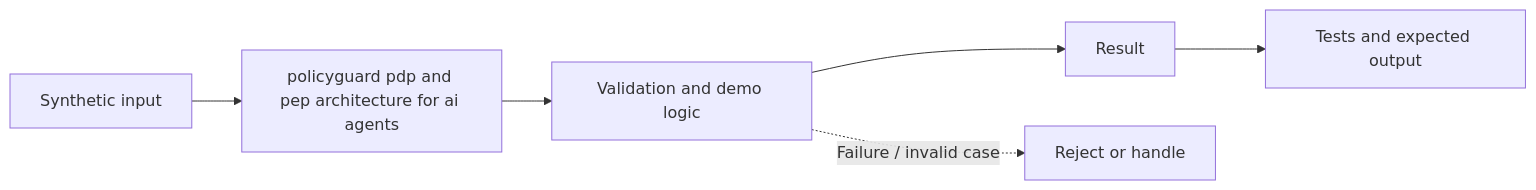
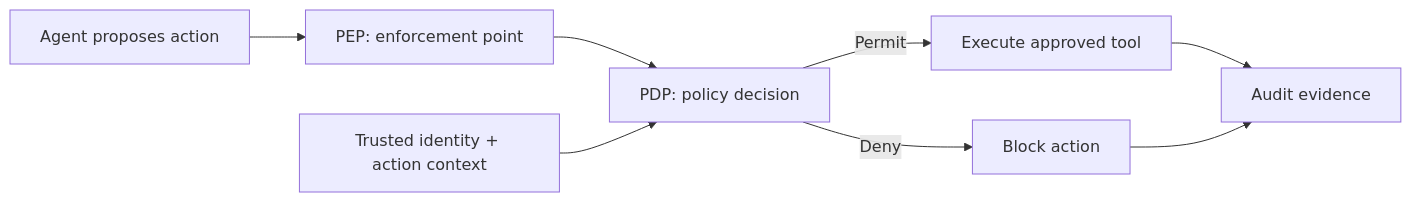
The diagram in docs/architecture.md (akkhil2012/AgenticSamplesPrincipalEngineer), drawn with Mermaid before and after one commit. The commit also changed other lines of this file, not shown here.

Commit message:
docs: add concept-specific architecture flow

````diff
--- a/docs/architecture.md
+++ b/docs/architecture.md
@@ -3,8 +5,10 @@
 ```mermaid
 flowchart LR
- A["Synthetic input"] --> B["policyguard pdp and pep architecture for ai agents"]
- B --> C["Validation and demo logic"]
- C --> D["Result"]
- C -. "Failure / invalid case" .-> E["Reject or handle"]
- D --> F["Tests and expected output"]
+ A["Agent proposes action"] --> E["PEP: enforcement point"]
+ E --> P["PDP: policy decision"]
+ I["Trusted identity + action context"] --> P
+ P -->|Permit| T["Execute approved tool"]
+ P -->|Deny| X["Block action"]
+ T --> L["Audit evidence"]
+ X --> L
 ```
````
